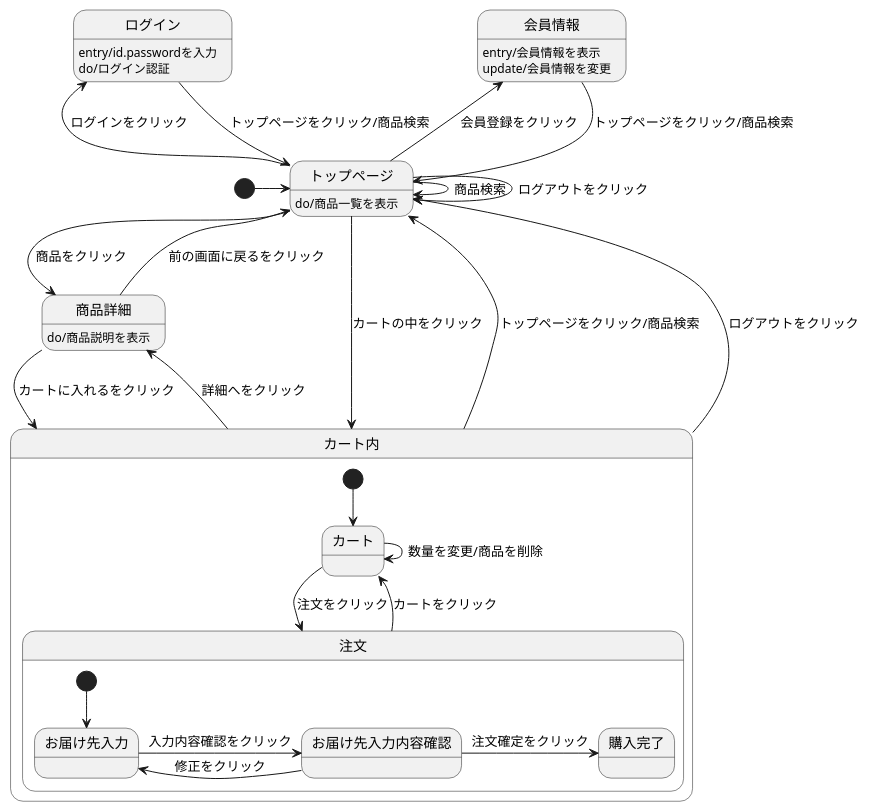
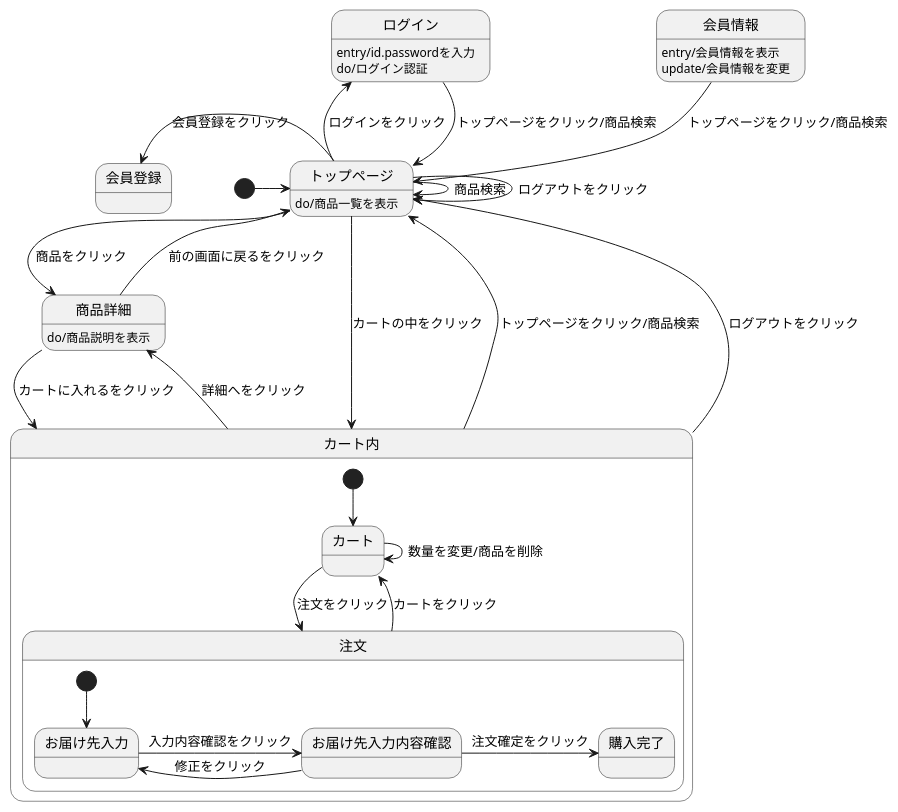
One commit to Aso2001027/2021sys-design changed the diagram in shopping1.md. Above: the diagram before and after it, drawn with PlantUML.

````diff
--- a/shopping1.md
+++ b/shopping1.md
@@ -1,38 +1,38 @@
 ```uml
 @startuml
 [*] -> トップページ
 会員情報 --> トップページ : トップページをクリック/商品検索
 ログイン --> トップページ : トップページをクリック/商品検索
 ログイン : entry/id.passwordを入力
 ログイン : do/ログイン認証
 会員情報 : entry/会員情報を表示
 会員情報 : update/会員情報を変更
 
 トップページ --> トップページ : ログアウトをクリック
 トップページ -> トップページ : 商品検索
 トップページ -> 商品詳細 : 商品をクリック
-トップページ -left-> 会員情報 : 会員登録をクリック
+トップページ -left-> 会員登録 : 会員登録をクリック
 トップページ -left-> ログイン : ログインをクリック
 トップページ --> カート内 : カートの中をクリック
 トップページ : do/商品一覧を表示
 商品詳細 --> カート内 : カートに入れるをクリック
 商品詳細 --> トップページ : 前の画面に戻るをクリック
 商品詳細 : do/商品説明を表示
 カート内 -up-> トップページ : トップページをクリック/商品検索
 カート内 -up-> トップページ : ログアウトをクリック
 カート内 -> 商品詳細 : 詳細へをクリック
 
 state カート内{
 [*] --> カート
 カート -> 注文 : 注文をクリック
 カート -> カート : 数量を変更/商品を削除
 注文 --> カート : カートをクリック
 state 注文 {
 [*] --> お届け先入力
 お届け先入力 -> お届け先入力内容確認 : 入力内容確認をクリック
 お届け先入力内容確認 -> お届け先入力 : 修正をクリック
 お届け先入力内容確認 -> 購入完了 : 注文確定をクリック
   }
 }
 @enduml
 ```
````
